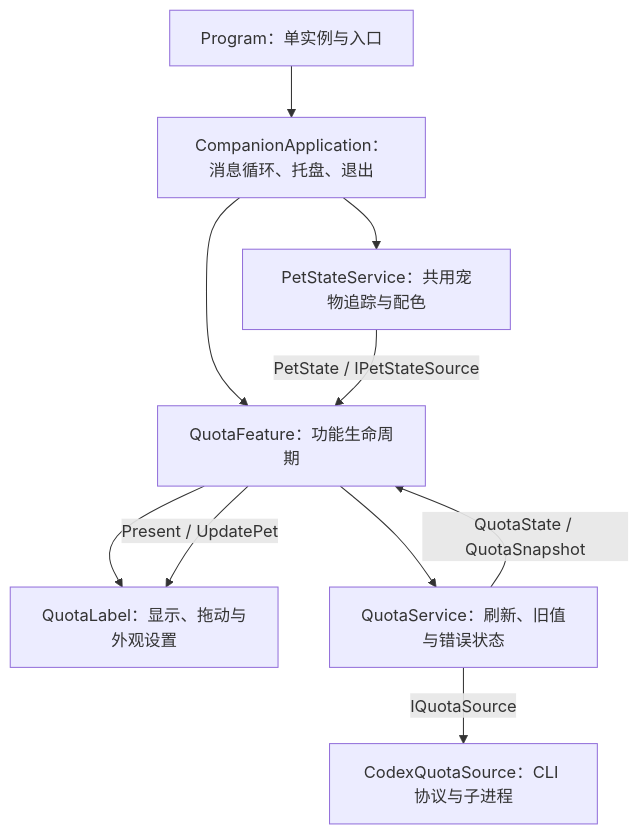
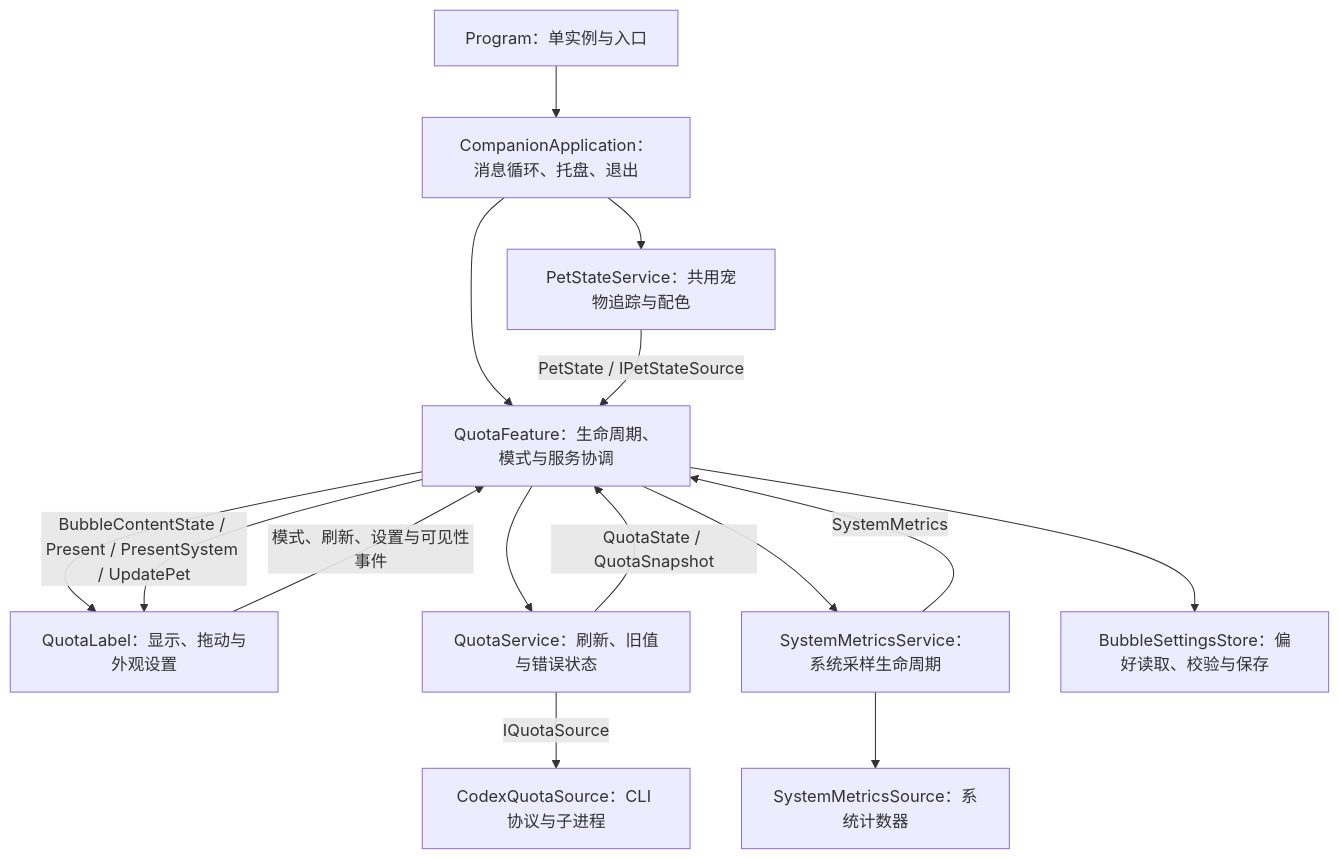
Before and after one commit to tenntsitinn/PetFolio: the diagram in ARCHITECTURE.md, drawn with Mermaid. The commit also changed other lines of this file and 75 other files, not shown here.

````diff
--- a/ARCHITECTURE.md
+++ b/ARCHITECTURE.md
@@ -7,12 +7,17 @@
 ```mermaid
 flowchart TD
     Entry[Program：单实例与入口] --> Host[CompanionApplication：消息循环、托盘、退出]
     Host --> Pets[PetStateService：共用宠物追踪与配色]
-    Host --> Feature[QuotaFeature：功能生命周期]
+    Host --> Feature[QuotaFeature：生命周期、模式与服务协调]
     Pets -->|PetState / IPetStateSource| Feature
     Feature --> View[QuotaLabel：显示、拖动与外观设置]
     Feature --> Quota[QuotaService：刷新、旧值与错误状态]
+    Feature --> System[SystemMetricsService：系统采样生命周期]
+    System --> Counters[SystemMetricsSource：系统计数器]
+    System -->|SystemMetrics| Feature
+    Feature --> Settings[BubbleSettingsStore：偏好读取、校验与保存]
+    View -->|模式、刷新、设置与可见性事件| Feature
     Quota -->|IQuotaSource| CLI[CodexQuotaSource：CLI 协议与子进程]
     Quota -->|QuotaState / QuotaSnapshot| Feature
-    Feature -->|Present / UpdatePet| View
+    Feature -->|BubbleContentState / Present / PresentSystem / UpdatePet| View
 ```
````
